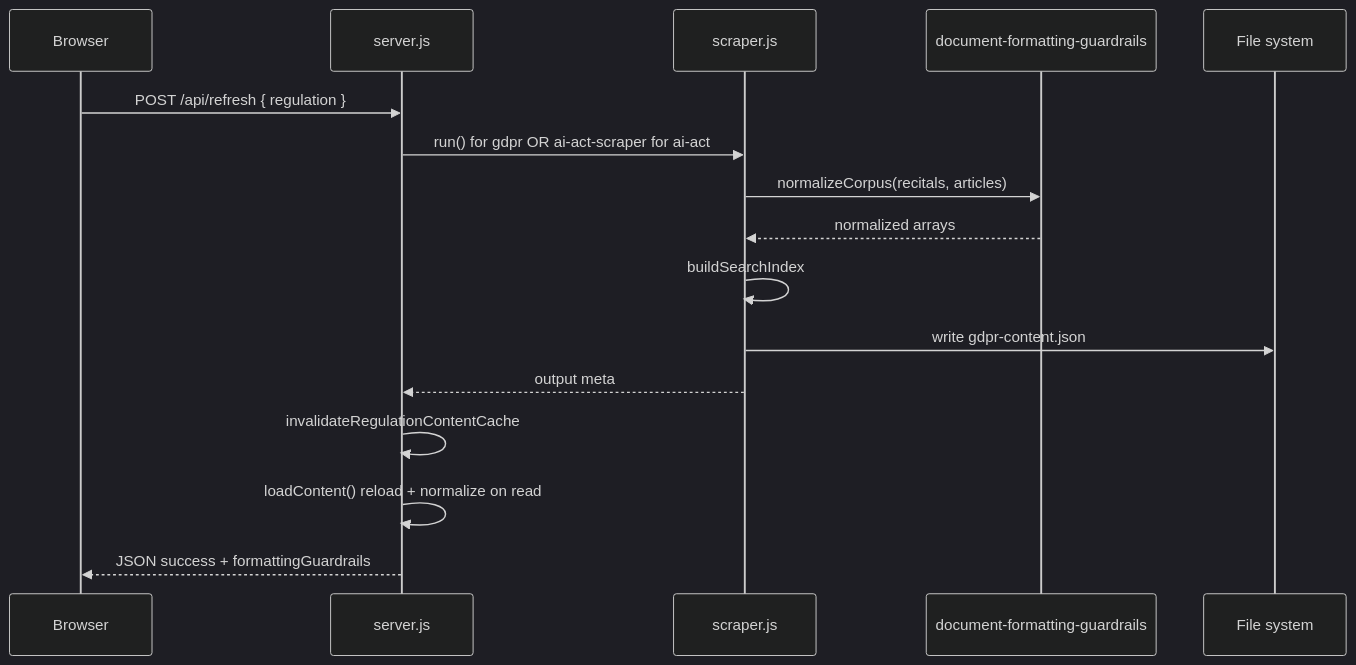
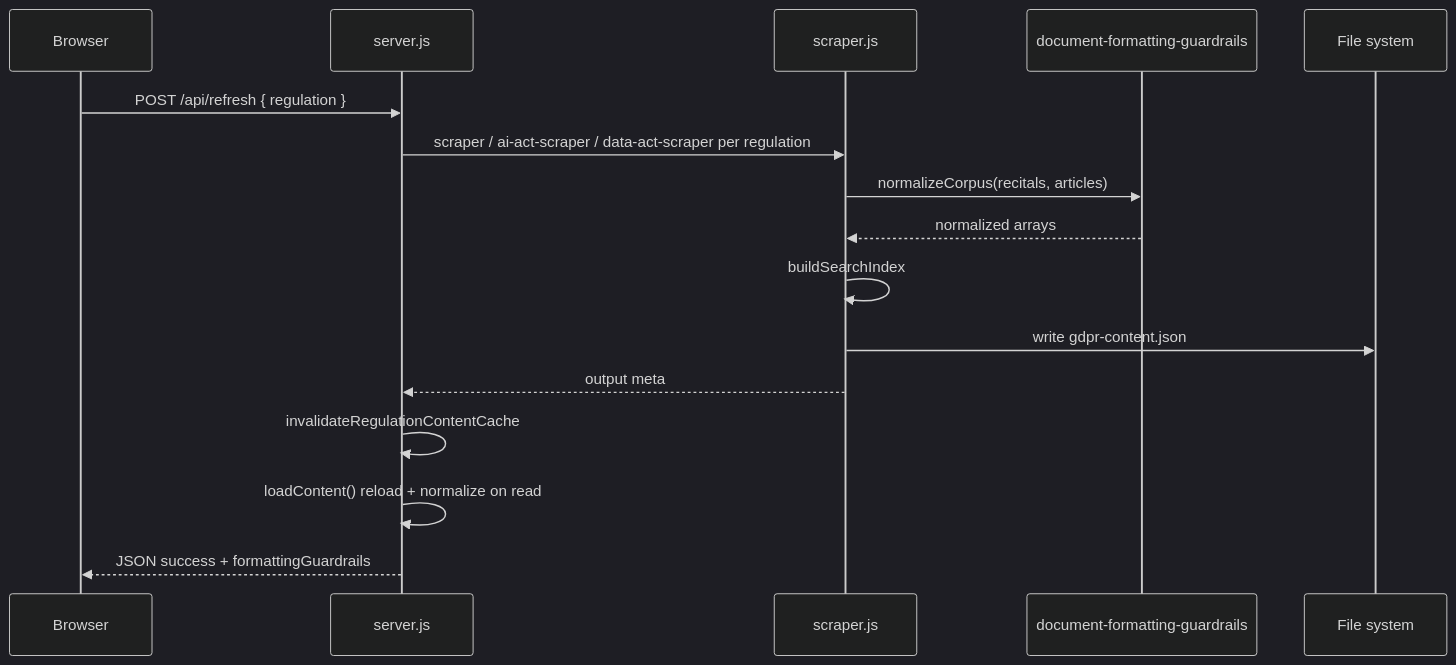
One commit to RifqiMT/gdpr-qa-platform changed the second of 4 diagrams in docs/ARCHITECTURE.md. Above: the diagram before and after it, drawn with Mermaid (dark theme). The commit also changed other lines of this file and 36 other files, not shown here.

````diff
--- a/docs/ARCHITECTURE.md
+++ b/docs/ARCHITECTURE.md
@@ -47,19 +50,19 @@
 ```mermaid
 sequenceDiagram
   participant UI as Browser
   participant S as server.js
   participant SCR as scraper.js
   participant DF as document-formatting-guardrails
   participant FS as File system
 
   UI->>S: POST /api/refresh { regulation }
-  S->>SCR: run() for gdpr OR ai-act-scraper for ai-act
+  S->>SCR: scraper / ai-act-scraper / data-act-scraper per regulation
   SCR->>DF: normalizeCorpus(recitals, articles)
   DF-->>SCR: normalized arrays
   SCR->>SCR: buildSearchIndex
   SCR->>FS: write gdpr-content.json
   SCR-->>S: output meta
   S->>S: invalidateRegulationContentCache
   S->>S: loadContent() reload + normalize on read
   S-->>UI: JSON success + formattingGuardrails
 ```
````
